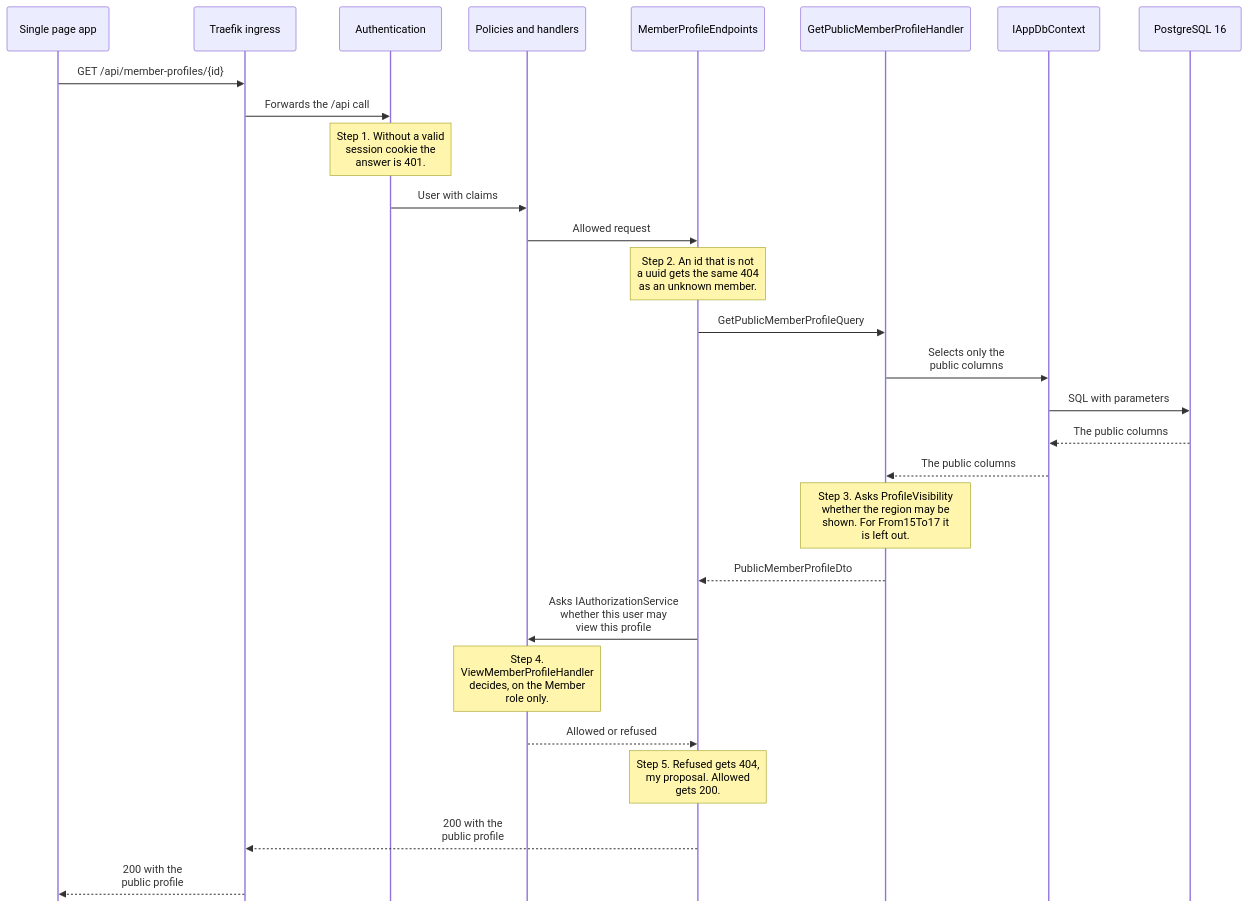
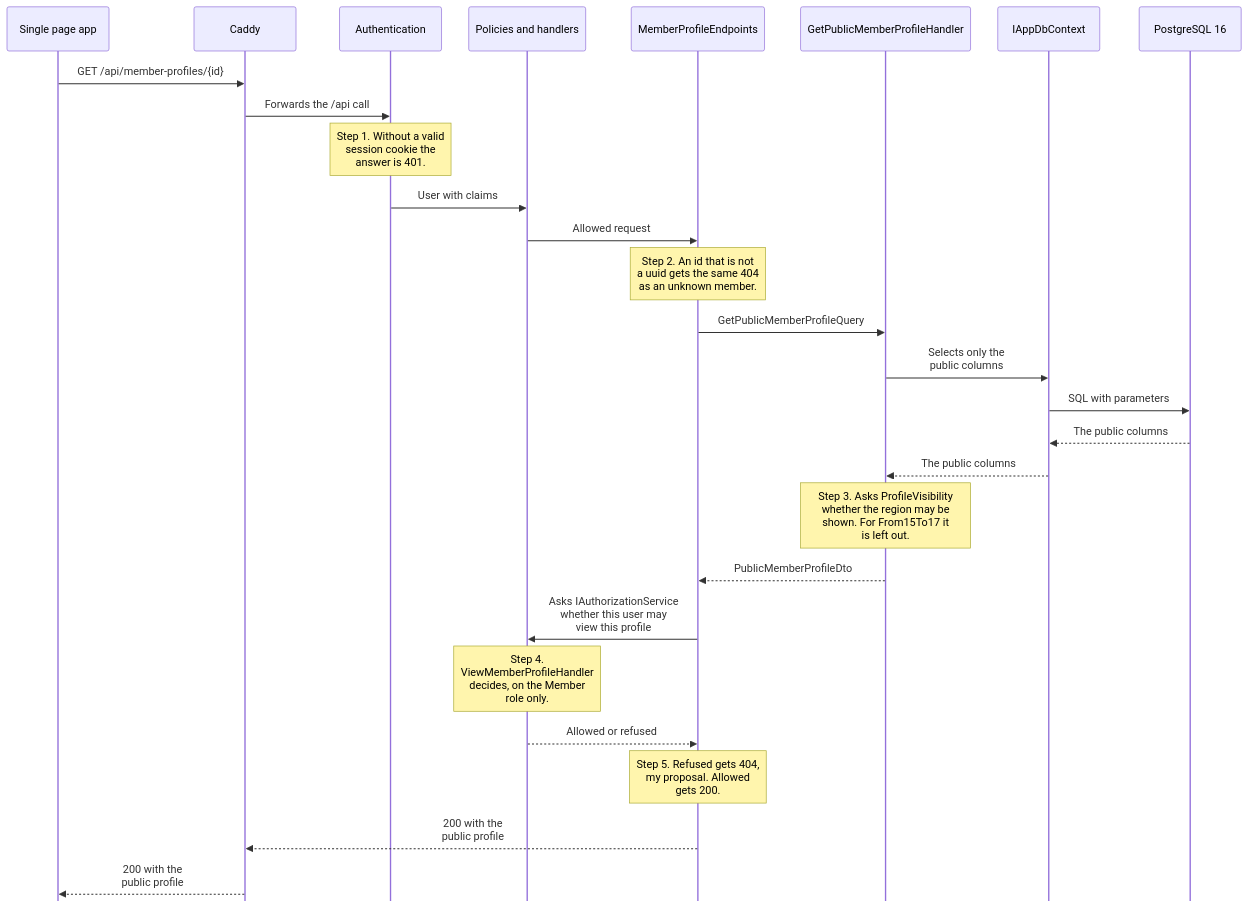
One commit to guruITA/connect-nine changed the fifth of 5 diagrams in docs/wesley/securityAndArchitectureEvidence.md. Above: the diagram before and after it, drawn with Mermaid. The commit also changed other lines of this file and 3 other files, not shown here.

````diff
--- a/docs/wesley/securityAndArchitectureEvidence.md
+++ b/docs/wesley/securityAndArchitectureEvidence.md
@@ -211,31 +214,31 @@
 ```mermaid
 %%{init: {'sequence': {'actorMargin': 40, 'noteMargin': 10, 'messageMargin': 35, 'mirrorActors': false}, 'themeVariables': {'fontSize': '14px'}}}%%
 sequenceDiagram
 participant spa as Single page app
-participant traefik as Traefik ingress
+participant caddy as Caddy
 participant authn as Authentication
 participant authz as Policies and handlers
 participant ep as MemberProfileEndpoints
 participant qh as GetPublicMemberProfileHandler
 participant ctx as IAppDbContext
 participant db as PostgreSQL 16
-spa->>traefik: GET /api/member-profiles/{id}
-traefik->>authn: Forwards the /api call
+spa->>caddy: GET /api/member-profiles/{id}
+caddy->>authn: Forwards the /api call
 Note over authn: Step 1. Without a valid<br/>session cookie the<br/>answer is 401.
 authn->>authz: User with claims
 authz->>ep: Allowed request
 Note over ep: Step 2. An id that is not<br/>a uuid gets the same 404<br/>as an unknown member.
 ep->>qh: GetPublicMemberProfileQuery
 qh->>ctx: Selects only the<br/>public columns
 ctx->>db: SQL with parameters
 db-->>ctx: The public columns
 ctx-->>qh: The public columns
 Note over qh: Step 3. Asks ProfileVisibility<br/>whether the region may be<br/>shown. For From15To17 it<br/>is left out.
 qh-->>ep: PublicMemberProfileDto
 ep->>authz: Asks IAuthorizationService<br/>whether this user may<br/>view this profile
 Note over authz: Step 4.<br/>ViewMemberProfileHandler<br/>decides, on the Member<br/>role only.
 authz-->>ep: Allowed or refused
 Note over ep: Step 5. Refused gets 404,<br/>my proposal. Allowed<br/>gets 200.
-ep-->>traefik: 200 with the<br/>public profile
-traefik-->>spa: 200 with the<br/>public profile
+ep-->>caddy: 200 with the<br/>public profile
+caddy-->>spa: 200 with the<br/>public profile
 ```
````
